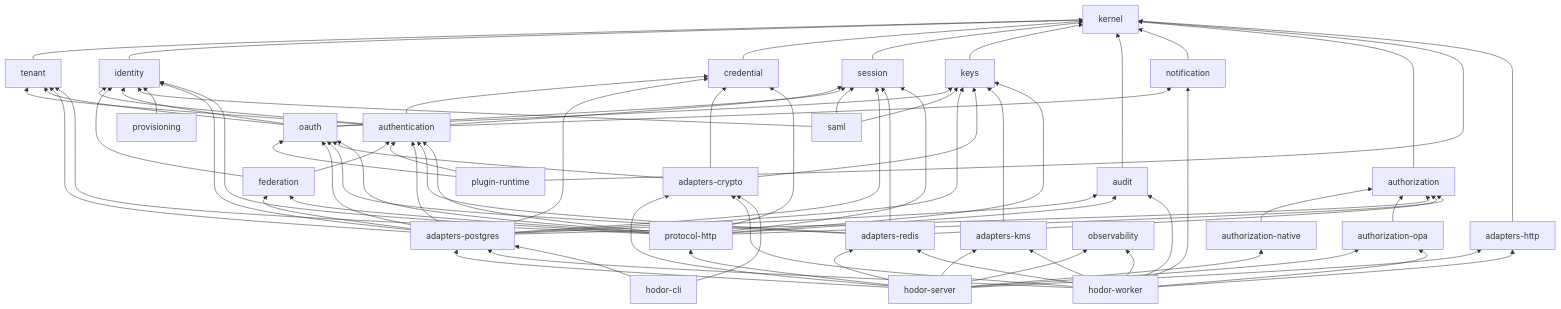
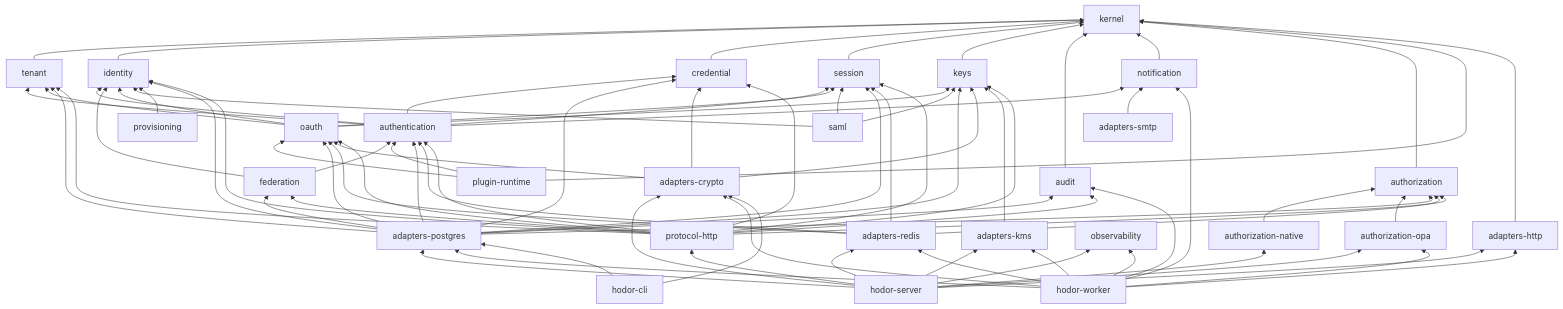
The diagram in docs/architecture/crates.md (ortisun/hodor), drawn with Mermaid before and after one commit. The commit also changed other lines of this file and 3 other files, not shown here.

````diff
--- a/docs/architecture/crates.md
+++ b/docs/architecture/crates.md
@@ -63,35 +65,36 @@
 ```mermaid
 flowchart BT
     kernel
 
     tenant --> kernel
     identity --> kernel
     credential --> kernel
     session --> kernel
     keys --> kernel
     audit --> kernel
     notification --> kernel
     authorization --> kernel
 
     authentication --> identity & credential & session & tenant & notification
     federation --> authentication & identity
     oauth --> identity & session & keys & tenant
     saml --> identity & session & keys
     provisioning --> identity
 
     authorizationNative["authorization-native"] --> authorization
     authorizationPolicyAgent["authorization-opa"] --> authorization
     plugin["plugin-runtime"] --> authentication & oauth & kernel
 
     adaptersPostgres["adapters-postgres"] --> tenant & identity & credential & session & keys & authentication & federation & oauth & authorization & audit
     redis["adapters-redis"] --> session & authentication & oauth & authorization
     crypto["adapters-crypto"] --> credential & keys & oauth
     adaptersKeyService["adapters-kms"] --> keys
     adaptersHttp["adapters-http"] --> kernel
+    adaptersSmtp["adapters-smtp"] --> notification
 
     protocolHttp["protocol-http"] --> tenant & identity & credential & session & authentication & federation & oauth & authorization & audit & keys
 
     server["hodor-server"] --> protocolHttp & adaptersPostgres & redis & crypto & adaptersKeyService & adaptersHttp & authorizationNative & authorizationPolicyAgent & observability
     worker["hodor-worker"] --> adaptersPostgres & redis & crypto & adaptersKeyService & adaptersHttp & authorizationPolicyAgent & observability & notification & audit
     commandLineTool["hodor-cli"] --> adaptersPostgres & crypto
 ```
````
